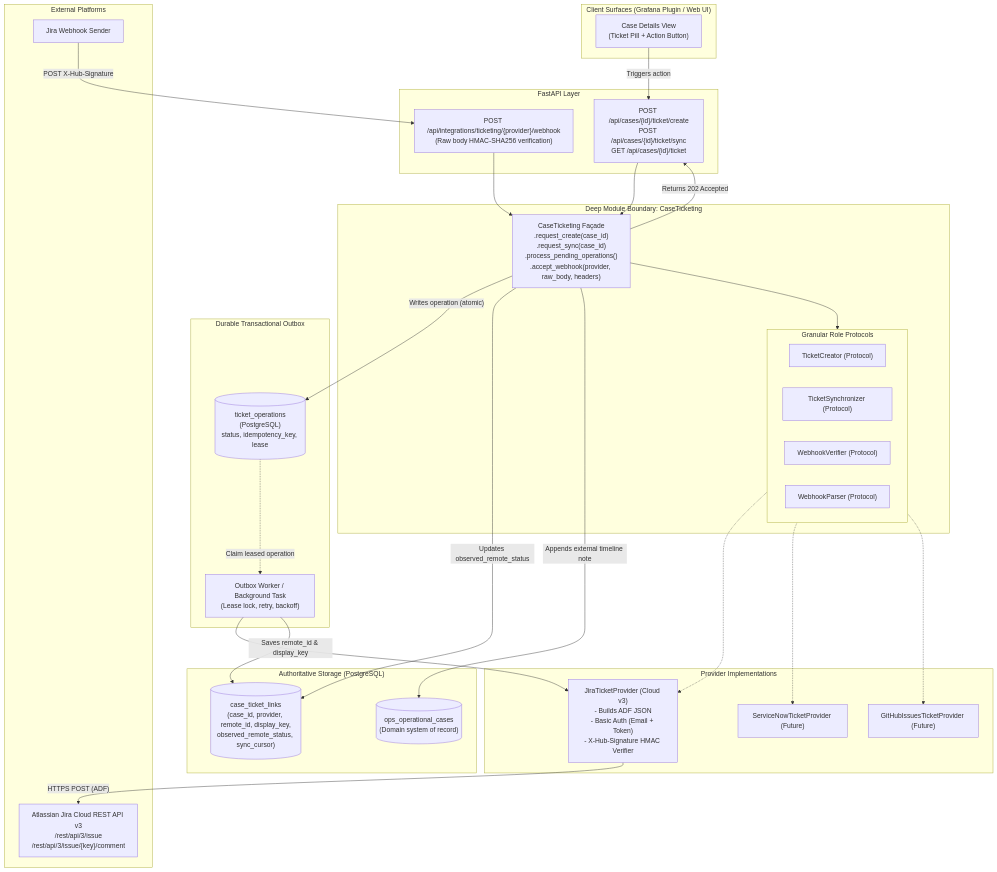
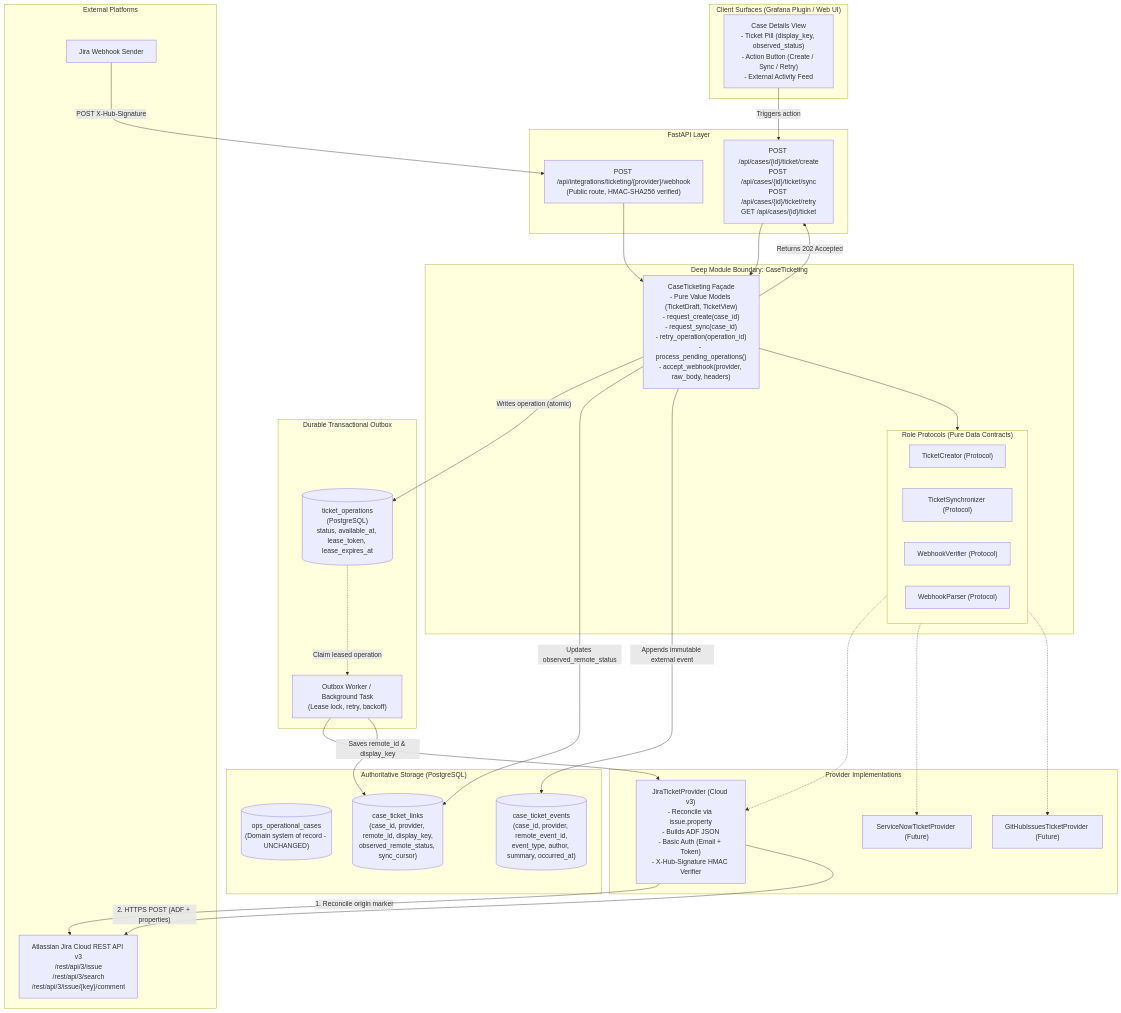
One commit to ramprasadgk9/ops-signals changed the diagram in docs/design/proposals/jira-integration-plan.md. Above: the diagram before and after it, drawn with Mermaid. The commit also changed other lines of this file, not shown here.

Commit message:
docs: resolve lease recovery, distributed idempotency, timeline events, and security integration

````diff
--- a/docs/design/proposals/jira-integration-plan.md
+++ b/docs/design/proposals/jira-integration-plan.md
@@ -48,63 +51,65 @@
 ```mermaid
 flowchart TB
   subgraph ClientUI["Client Surfaces (Grafana Plugin / Web UI)"]
-    CaseView["Case Details View\n(Ticket Pill + Action Button)"]
+    CaseView["Case Details View\n- Ticket Pill (display_key, observed_status)\n- Action Button (Create / Sync / Retry)\n- External Activity Feed"]
   end
 
   subgraph API["FastAPI Layer"]
-    CaseEndpoints["POST /api/cases/{id}/ticket/create\nPOST /api/cases/{id}/ticket/sync\nGET /api/cases/{id}/ticket"]
-    WebhookEndpoint["POST /api/integrations/ticketing/{provider}/webhook\n(Raw body HMAC-SHA256 verification)"]
+    CaseEndpoints["POST /api/cases/{id}/ticket/create\nPOST /api/cases/{id}/ticket/sync\nPOST /api/cases/{id}/ticket/retry\nGET /api/cases/{id}/ticket"]
+    WebhookEndpoint["POST /api/integrations/ticketing/{provider}/webhook\n(Public route, HMAC-SHA256 verified)"]
   end
 
   subgraph CoreModule["Deep Module Boundary: CaseTicketing"]
-    Façade["CaseTicketing Façade\n.request_create(case_id)\n.request_sync(case_id)\n.process_pending_operations()\n.accept_webhook(provider, raw_body, headers)"]
+    Façade["CaseTicketing Façade\n- Pure Value Models (TicketDraft, TicketView)\n- request_create(case_id)\n- request_sync(case_id)\n- retry_operation(operation_id)\n- process_pending_operations()\n- accept_webhook(provider, raw_body, headers)"]
     
-    subgraph RoleProtocols["Granular Role Protocols"]
+    subgraph RoleProtocols["Role Protocols (Pure Data Contracts)"]
       Creator["TicketCreator (Protocol)"]
       Syncer["TicketSynchronizer (Protocol)"]
       Verifier["WebhookVerifier (Protocol)"]
       Parser["WebhookParser (Protocol)"]
     end
     
     Façade --> RoleProtocols
   end
 
   subgraph OutboxEngine["Durable Transactional Outbox"]
-    OutboxTable[("ticket_operations\n(PostgreSQL)\nstatus, idempotency_key, lease")]
+    OutboxTable[("ticket_operations\n(PostgreSQL)\nstatus, available_at, lease_token, lease_expires_at")]
     Worker["Outbox Worker / Background Task\n(Lease lock, retry, backoff)"]
     OutboxTable -.->|"Claim leased operation"| Worker
   end
 
   subgraph DataLayer["Authoritative Storage (PostgreSQL)"]
-    CasesTable[("ops_operational_cases\n(Domain system of record)")]
+    CasesTable[("ops_operational_cases\n(Domain system of record - UNCHANGED)")]
     LinksTable[("case_ticket_links\n(case_id, provider, remote_id, display_key,\nobserved_remote_status, sync_cursor)")]
+    EventsTable[("case_ticket_events\n(case_id, provider, remote_event_id,\nevent_type, author, summary, occurred_at)")]
   end
 
   subgraph Adapters["Provider Implementations"]
-    JiraAdapter["JiraTicketProvider (Cloud v3)\n- Builds ADF JSON\n- Basic Auth (Email + Token)\n- X-Hub-Signature HMAC Verifier"]
+    JiraAdapter["JiraTicketProvider (Cloud v3)\n- Reconcile via issue.property\n- Builds ADF JSON\n- Basic Auth (Email + Token)\n- X-Hub-Signature HMAC Verifier"]
     ServiceNowAdapter["ServiceNowTicketProvider (Future)"]
     GitHubAdapter["GitHubIssuesTicketProvider (Future)"]
     
     RoleProtocols -.-> JiraAdapter
     RoleProtocols -.-> ServiceNowAdapter
     RoleProtocols -.-> GitHubAdapter
   end
 
   subgraph ExternalSaaS["External Platforms"]
-    JiraAPI["Atlassian Jira Cloud REST API v3\n/rest/api/3/issue\n/rest/api/3/issue/{key}/comment"]
+    JiraAPI["Atlassian Jira Cloud REST API v3\n/rest/api/3/issue\n/rest/api/3/search\n/rest/api/3/issue/{key}/comment"]
     JiraWebhooks["Jira Webhook Sender"]
   end
 
   CaseView -->|"Triggers action"| CaseEndpoints
   CaseEndpoints --> Façade
   Façade -->|"Writes operation (atomic)"| OutboxTable
   Façade -->|"Returns 202 Accepted"| CaseEndpoints
   Worker --> JiraAdapter
-  JiraAdapter -->|"HTTPS POST (ADF)"| JiraAPI
+  JiraAdapter -->|"1. Reconcile origin marker"| JiraAPI
+  JiraAdapter -->|"2. HTTPS POST (ADF + properties)"| JiraAPI
   Worker -->|"Saves remote_id & display_key"| LinksTable
   
   JiraWebhooks -->|"POST X-Hub-Signature"| WebhookEndpoint
   WebhookEndpoint --> Façade
   Façade -->|"Updates observed_remote_status"| LinksTable
-  Façade -->|"Appends external timeline note"| CasesTable
+  Façade -->|"Appends immutable external event"| EventsTable
 ```
````
